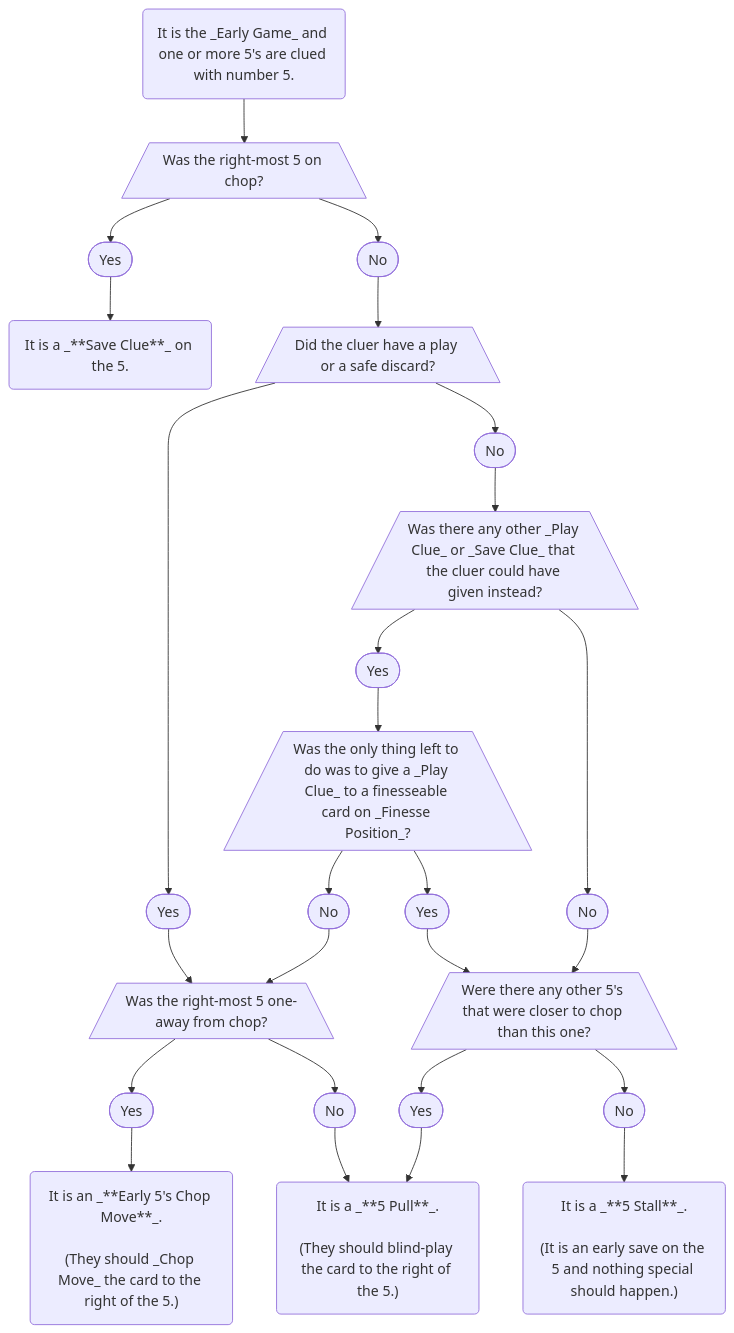
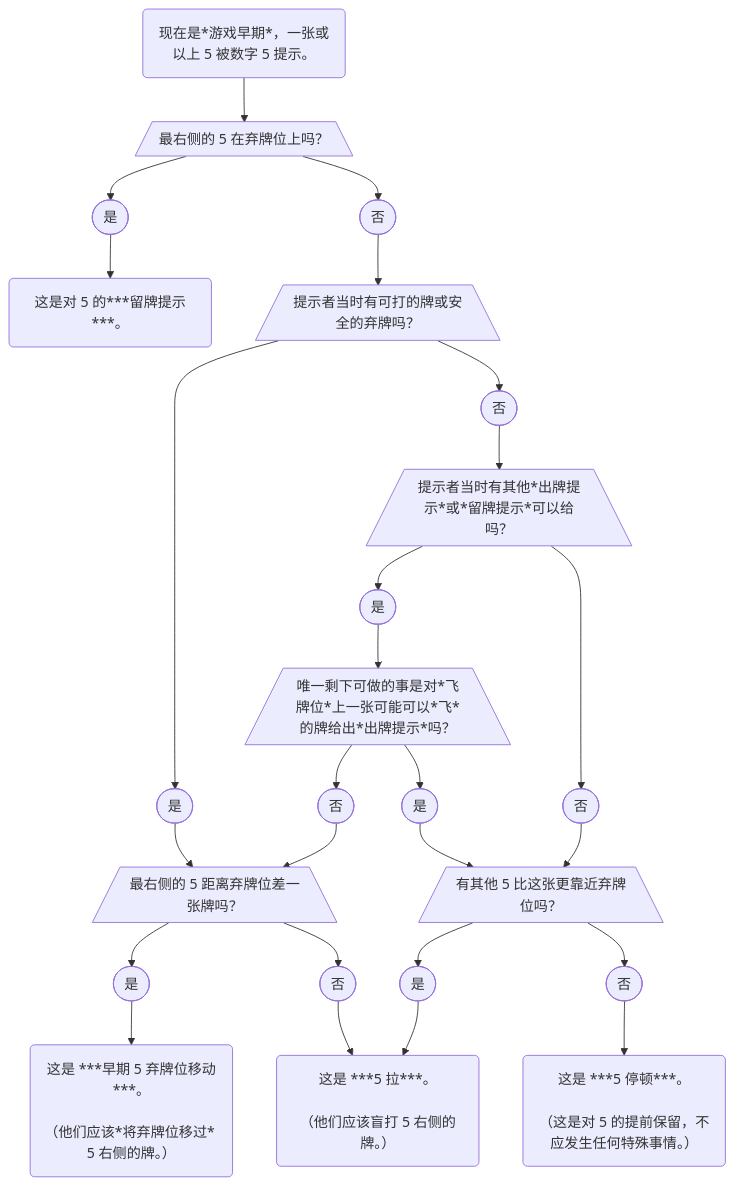
The diagram in i18n/zh/docusaurus-plugin-content-docs/current/level-19.mdx (TRCYX/H-Group), drawn with Mermaid before and after one commit. The commit also changed other lines of this file and 10 other files, not shown here.

````diff
--- a/i18n/zh/docusaurus-plugin-content-docs/current/level-19.mdx
+++ b/i18n/zh/docusaurus-plugin-content-docs/current/level-19.mdx
@@ -208,58 +208,58 @@
 ```mermaid
 flowchart TD;
 
-S(It is the _Early Game_ and one or more 5's are clued with number 5.)
-D1[/Was the right-most 5 on chop?\]
-D1Y([Yes])
-D1N([No])
-D1YL("It is a _**Save Clue**_ on the 5.")
-D2[/Did the cluer have a play or a safe discard?\]
-D2Y([Yes])
-D2N([No])
-D3[/Was there any other _Play Clue_ or _Save Clue_ that the cluer could have given instead?\]
-D3Y([Yes])
-D3N([No])
-D4[/Was the only thing left to do was to give a _Play Clue_ to a finesseable card on _Finesse Position_?\]
-D4Y([Yes])
-D4N([No])
-D5[/Were there any other 5's that were closer to chop than this one?\]
-D5Y([Yes])
-D5N([No])
-D5NL("It is a _**5 Stall**_.<br/ ><br/ >(It is an early save on the 5 and nothing special should happen.)")
-D6[/Was the right-most 5 one-away from chop?\]
-D6Y([Yes])
-D6N([No])
-D6YL("It is an _**Early 5's Chop Move**_.<br/ ><br/ >(They should _Chop Move_ the card to the right of the 5.)")
-D6NL("It is a _**5 Pull**_.<br/ ><br/ >(They should blind-play the card to the right of the 5.)")
+S(现在是*游戏早期*，一张或以上 5 被数字 5 提示。)
+D1[/最右侧的 5 在弃牌位上吗？\]
+D1Y([是])
+D1N([否])
+D1YL("这是对 5 的***留牌提示***。")
+D2[/提示者当时有可打的牌或安全的弃牌吗？\]
+D2Y([是])
+D2N([否])
+D3[/提示者当时有其他*出牌提示*或*留牌提示*可以给吗？\]
+D3Y([是])
+D3N([否])
+D4[/唯一剩下可做的事是对*飞牌位*上一张可能可以*飞*的牌给出*出牌提示*吗？\]
+D4Y([是])
+D4N([否])
+D5[/有其他 5 比这张更靠近弃牌位吗？\]
+D5Y([是])
+D5N([否])
+D5NL("这是 ***5 停顿***。<br/ ><br/ >（这是对 5 的提前保留，不应发生任何特殊事情。）")
+D6[/最右侧的 5 距离弃牌位差一张牌吗？\]
+D6Y([是])
+D6N([否])
+D6YL("这是 ***早期 5 弃牌位移动***。<br/ ><br/ >（他们应该*将弃牌位移过* 5 右侧的牌。）")
+D6NL("这是 ***5 拉***。<br/ ><br/ >（他们应该盲打 5 右侧的牌。）")
 
 class D1Y,D2Y,D3Y,D4Y,D5Y,D6Y node-yes
 class D1N,D2N,D3N,D4N,D5N,D6N node-no
 class D1,D2,D3,D4,D5,D6 node-dec
 class S,D1YL,D6NL,D5NL,D6YL node-act
 
 S --> D1;
 D1 --> D1Y;
 D1 --> D1N;
 D1Y --> D1YL;
 D1N --> D2;
 D2 --> D2Y;
 D2 --> D2N;
 D2Y --> D6;
 D2N --> D3;
 D3 --> D3Y;
 D3 --> D3N;
 D3Y --> D4;
 D3N --> D5;
 D4 --> D4N;
 D4 --> D4Y;
 D4Y --> D5;
 D4N --> D6;
 D5 --> D5Y;
 D5 --> D5N;
 D5Y --> D6NL;
 D5N --> D5NL;
 D6 --> D6Y;
 D6 --> D6N;
 D6Y --> D6YL;
 D6N --> D6NL;
 ```
````
